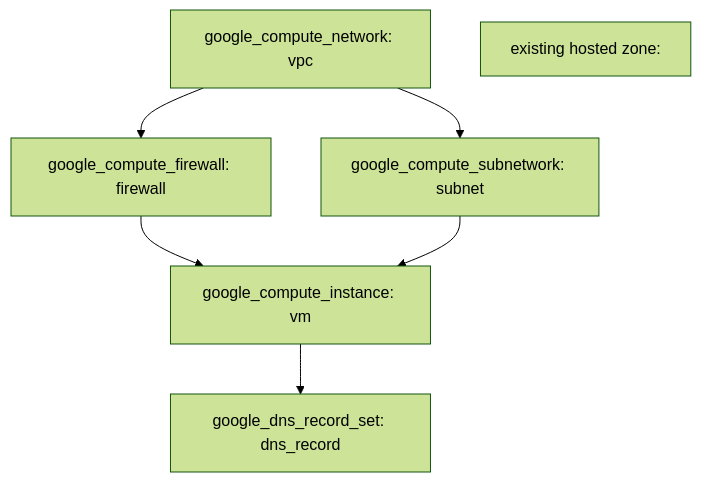
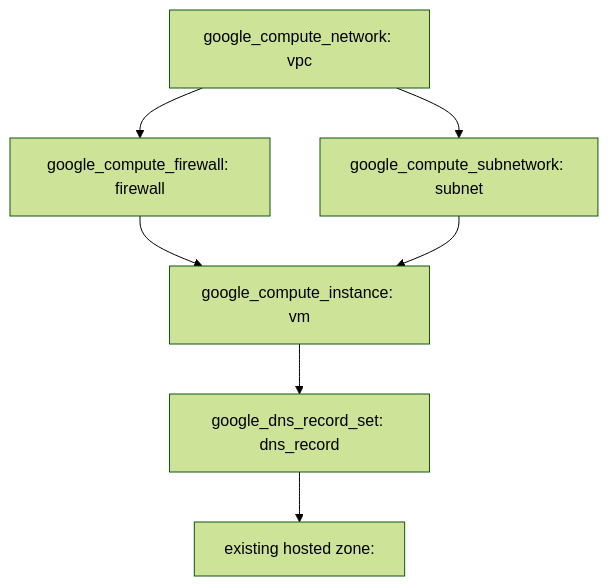
Before and after one commit to vincentliuyin/gcp-terraform: the diagram in solutions/solution-basic-web-site-single-vm/readme.md, drawn with Mermaid (forest theme).

````diff
--- a/solutions/solution-basic-web-site-single-vm/readme.md
+++ b/solutions/solution-basic-web-site-single-vm/readme.md
@@ -24,14 +24,15 @@
 ```mermaid
 graph TB
   A["google_compute_network: vpc"]
   B["google_compute_subnetwork: subnet"]
   C["google_compute_firewall: firewall"]
   D["google_compute_instance: vm"]
   E["google_dns_record_set: dns_record"]
   F["existing hosted zone: "]
   A --> B
   A --> C
   C --> D
   B --> D
   D --> E
+  E --> F
 ```
````
